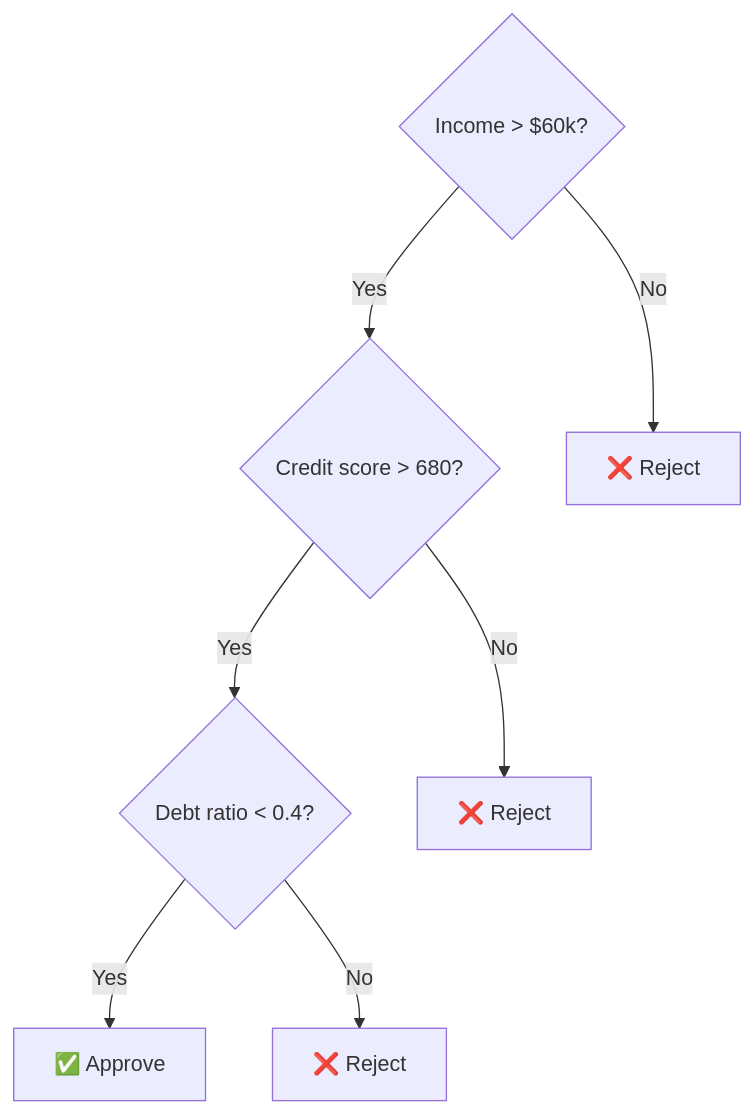
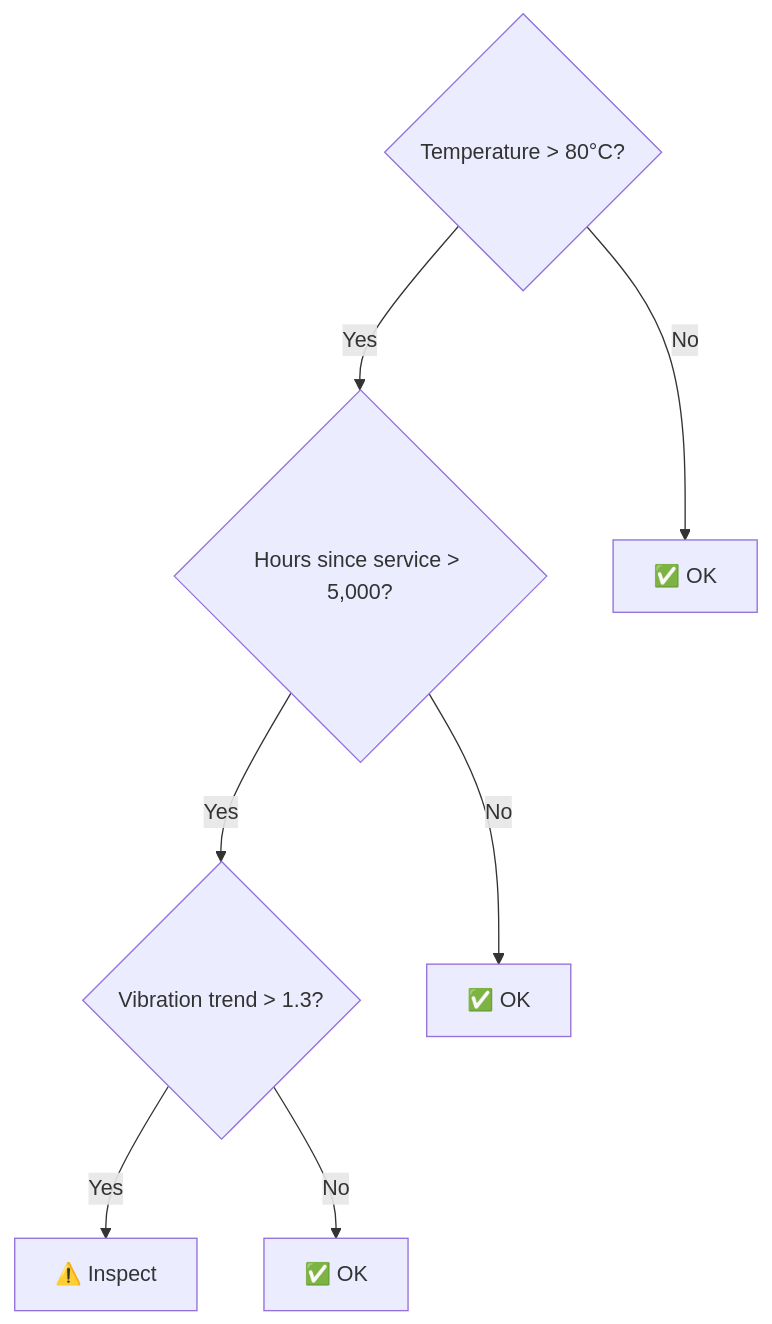
The first of 4 diagrams in docs/data-science/supervised/classification.md (shaokiat/shaokiat-blog), drawn with Mermaid before and after one commit. The commit also changed other lines of this file and 12 other files, not shown here.

````diff
--- a/docs/data-science/supervised/classification.md
+++ b/docs/data-science/supervised/classification.md
@@ -176,10 +176,10 @@
 ```mermaid
 graph TD
-    A{"Income > $60k?"}
-    A -->|Yes| B{"Credit score > 680?"}
-    A -->|No| C["❌ Reject"]
-    B -->|Yes| D{"Debt ratio < 0.4?"}
-    B -->|No| E["❌ Reject"]
-    D -->|Yes| F["✅ Approve"]
-    D -->|No| G["❌ Reject"]
+    A{"Temperature > 80°C?"}
+    A -->|Yes| B{"Hours since service > 5,000?"}
+    A -->|No| C["✅ OK"]
+    B -->|Yes| D{"Vibration trend > 1.3?"}
+    B -->|No| E["✅ OK"]
+    D -->|Yes| F["⚠️ Inspect"]
+    D -->|No| G["✅ OK"]
 ```
````
